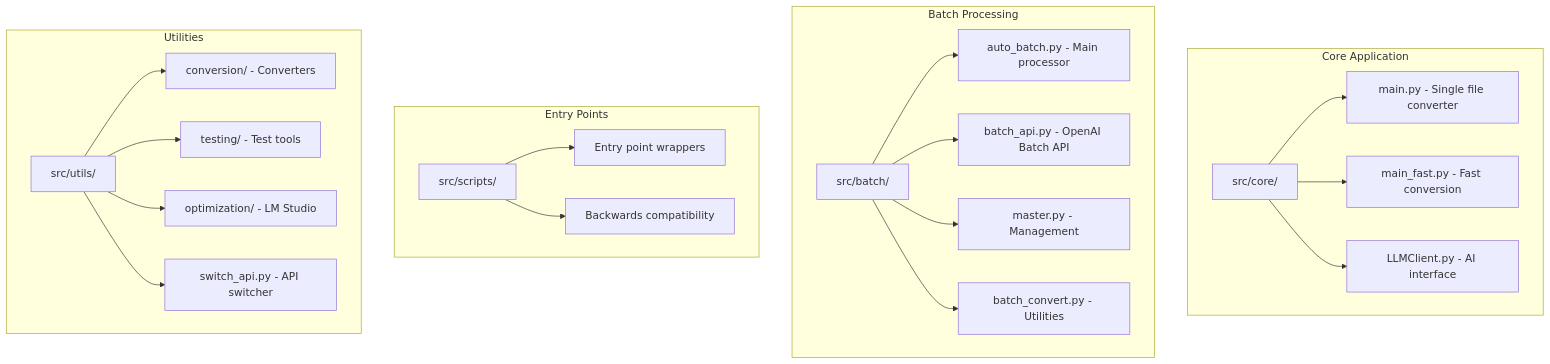
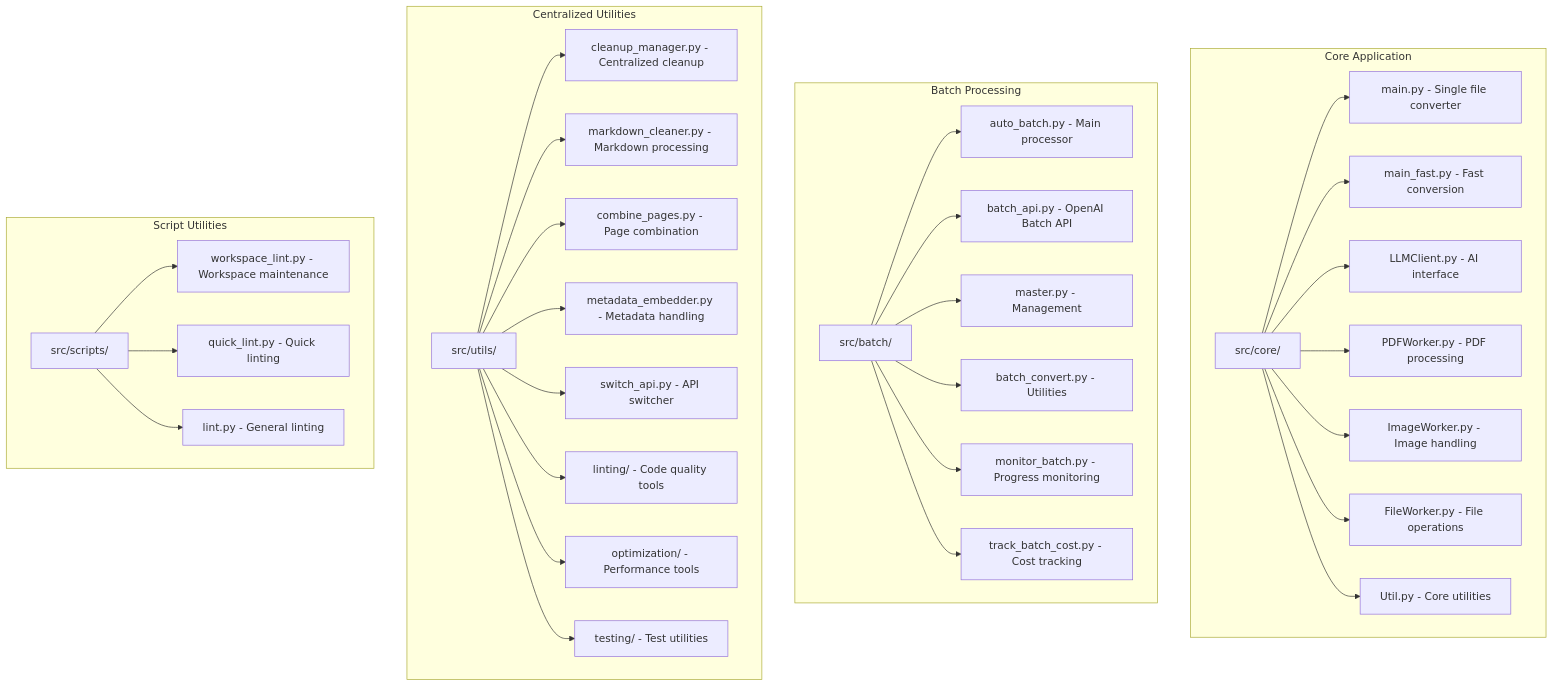
Before and after one commit to ch0t4nk/PDFtoMD: the second of 5 diagrams in docs/development/PROJECT_STRUCTURE.md, drawn with Mermaid. The commit also changed other lines of this file and 56 other files, not shown here.

First line of the commit message:
Fix: Enhanced cleanup for temp directories and failed batch processing

````diff
--- a/docs/development/PROJECT_STRUCTURE.md
+++ b/docs/development/PROJECT_STRUCTURE.md
@@ -45,27 +47,38 @@
 ```mermaid
 graph TB
  subgraph CoreApp ["Core Application"]
  A[src/core/] --> A1[main.py - Single file converter]
  A --> A2[main_fast.py - Fast conversion]
  A --> A3[LLMClient.py - AI interface]
+ A --> A4[PDFWorker.py - PDF processing]
+ A --> A5[ImageWorker.py - Image handling]
+ A --> A6[FileWorker.py - File operations]
+ A --> A7[Util.py - Core utilities]
  end
 
  subgraph BatchProc ["Batch Processing"]
  B[src/batch/] --> B1[auto_batch.py - Main processor]
  B --> B2[batch_api.py - OpenAI Batch API]
  B --> B3[master.py - Management]
  B --> B4[batch_convert.py - Utilities]
+ B --> B5[monitor_batch.py - Progress monitoring]
+ B --> B6[track_batch_cost.py - Cost tracking]
  end
 
- subgraph EntryPoints ["Entry Points"]
- C[src/scripts/] --> C1[Entry point wrappers]
- C --> C2[Backwards compatibility]
+ subgraph Utilities ["Centralized Utilities"]
+ C[src/utils/] --> C1[cleanup_manager.py - Centralized cleanup]
+ C --> C2[markdown_cleaner.py - Markdown processing]
+ C --> C3[combine_pages.py - Page combination]
+ C --> C4[metadata_embedder.py - Metadata handling]
+ C --> C5[switch_api.py - API switcher]
+ C --> C6[linting/ - Code quality tools]
+ C --> C7[optimization/ - Performance tools]
+ C --> C8[testing/ - Test utilities]
  end
 
- subgraph Utilities ["Utilities"]
- D[src/utils/] --> D1[conversion/ - Converters]
- D --> D2[testing/ - Test tools]
- D --> D3[optimization/ - LM Studio]
- D --> D4[switch_api.py - API switcher]
+ subgraph Scripts ["Script Utilities"]
+ D[src/scripts/] --> D1[workspace_lint.py - Workspace maintenance]
+ D --> D2[quick_lint.py - Quick linting]
+ D --> D3[lint.py - General linting]
  end
 ```
````
